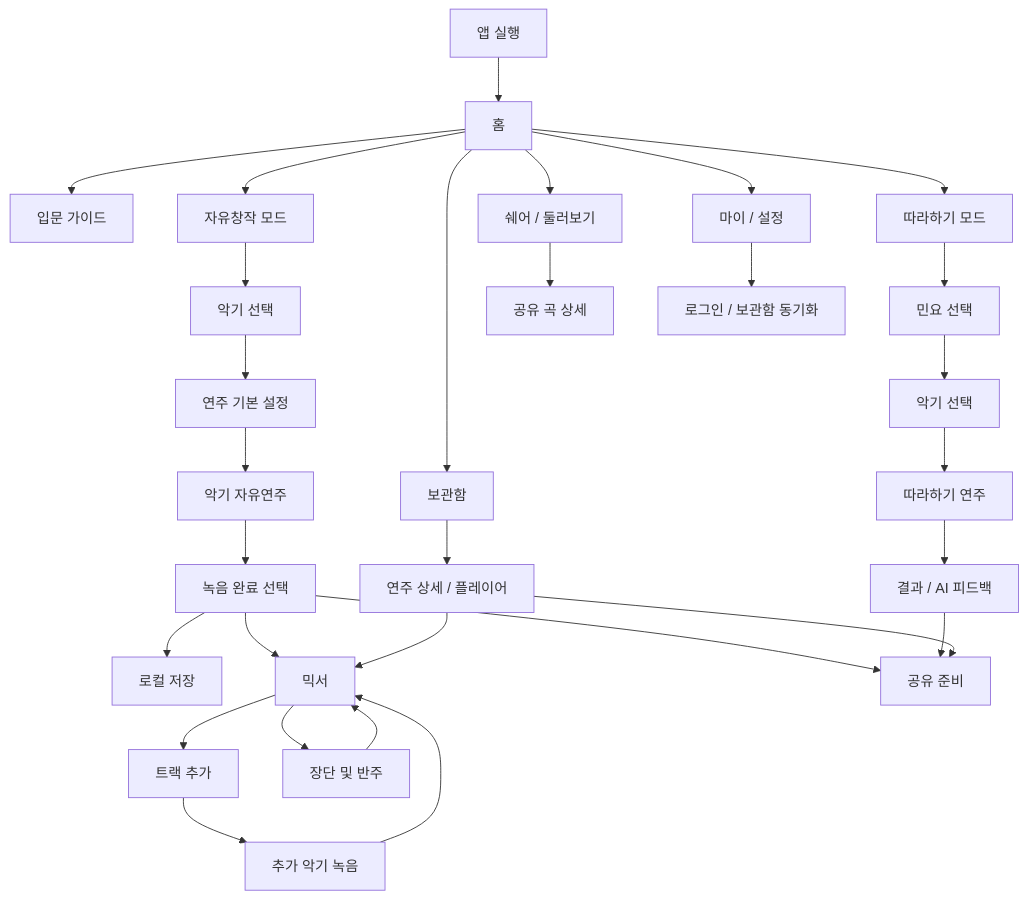
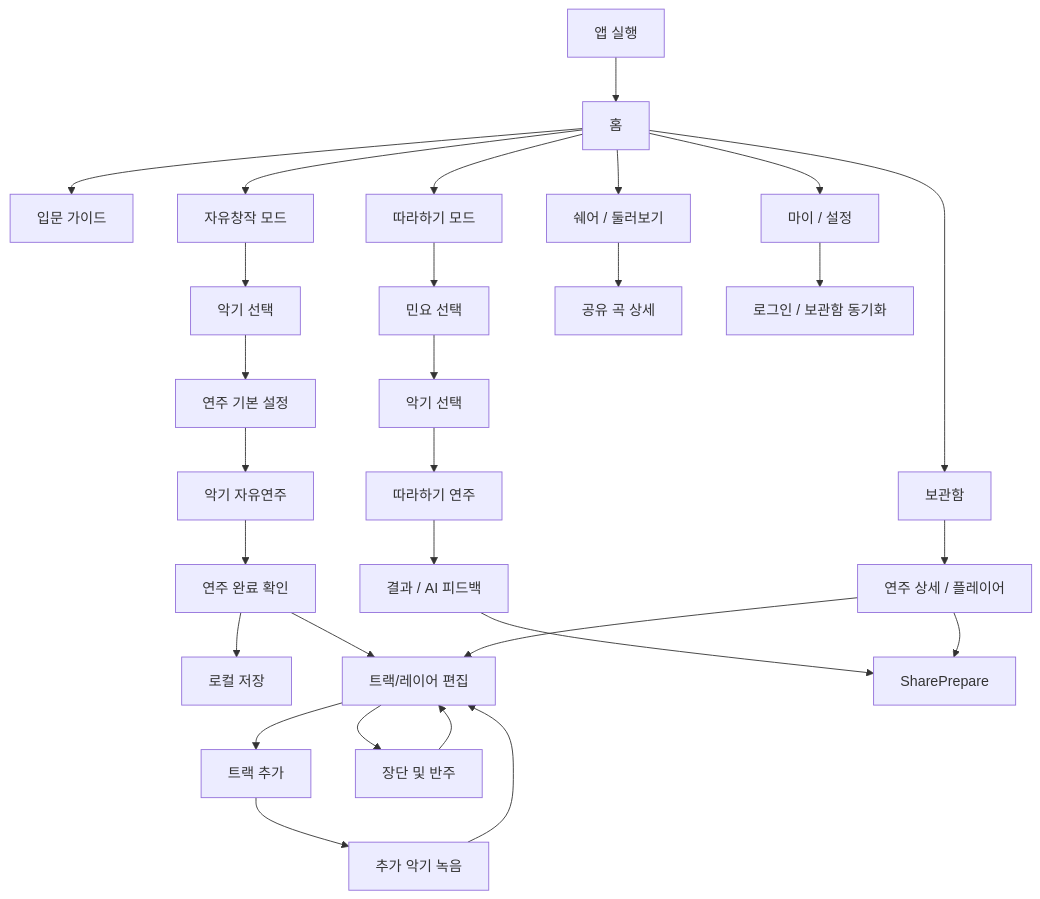
The diagram in front/docs/product/screen-flow/current-screen-flow.md (logan0741/GARAK-AI-Gugak-Studio), drawn with Mermaid before and after one commit. The commit also changed other lines of this file and 3 other files, not shown here.

````diff
--- a/front/docs/product/screen-flow/current-screen-flow.md
+++ b/front/docs/product/screen-flow/current-screen-flow.md
@@ -97,39 +97,38 @@
 ```mermaid
 flowchart TD
     App["앱 실행"] --> Home["홈"]
 
     Home --> Guide["입문 가이드"]
     Home --> FreeMode["자유창작 모드"]
     Home --> PracticeEntry["따라하기 모드"]
     Home --> Library["보관함"]
     Home --> ShareFeed["쉐어 / 둘러보기"]
     Home --> Settings["마이 / 설정"]
 
     FreeMode --> InstrumentSettings["악기 선택"]
     InstrumentSettings --> PlayDefaults["연주 기본 설정"]
     PlayDefaults --> FreePlay["악기 자유연주"]
 
-    FreePlay --> RecordDone["녹음 완료 선택"]
+    FreePlay --> RecordDone["연주 완료 확인"]
     RecordDone --> SaveLocal["로컬 저장"]
-    RecordDone --> Mixer["믹서"]
-    RecordDone --> SharePrepare["공유 준비"]
+    RecordDone --> LayerEdit["트랙/레이어 편집"]
 
-    Mixer --> AddTrack["트랙 추가"]
+    LayerEdit --> AddTrack["트랙 추가"]
     AddTrack --> ExtraInstrumentRecord["추가 악기 녹음"]
-    ExtraInstrumentRecord --> Mixer
-    Mixer --> JangdanPanel["장단 및 반주"]
-    JangdanPanel --> Mixer
+    ExtraInstrumentRecord --> LayerEdit
+    LayerEdit --> JangdanPanel["장단 및 반주"]
+    JangdanPanel --> LayerEdit
 
     PracticeEntry --> SongSelect["민요 선택"]
     SongSelect --> PracticeInstrument["악기 선택"]
     PracticeInstrument --> PracticePlay["따라하기 연주"]
     PracticePlay --> PracticeResult["결과 / AI 피드백"]
     PracticeResult --> SharePrepare
 
     Library --> RecordingDetail["연주 상세 / 플레이어"]
-    RecordingDetail --> Mixer
+    RecordingDetail --> LayerEdit
     RecordingDetail --> SharePrepare
 
     ShareFeed --> SharedDetail["공유 곡 상세"]
     Settings --> LoginSync["로그인 / 보관함 동기화"]
 ```
````
